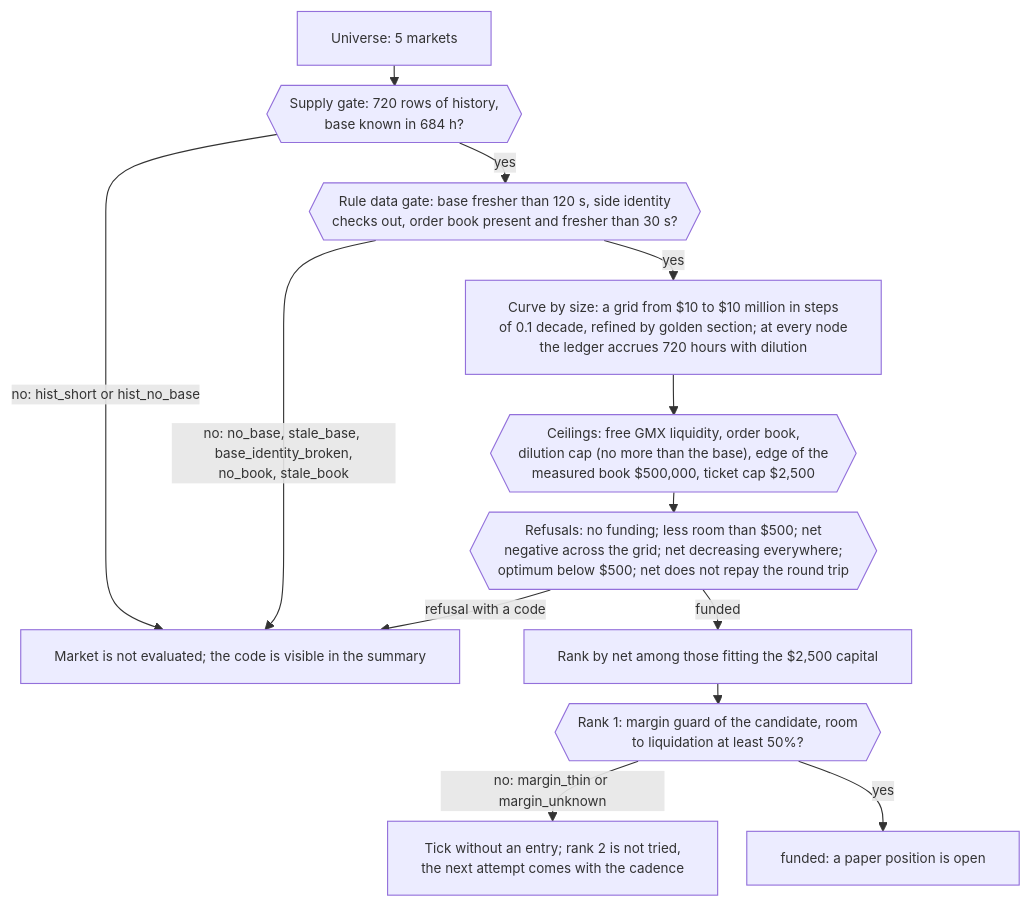
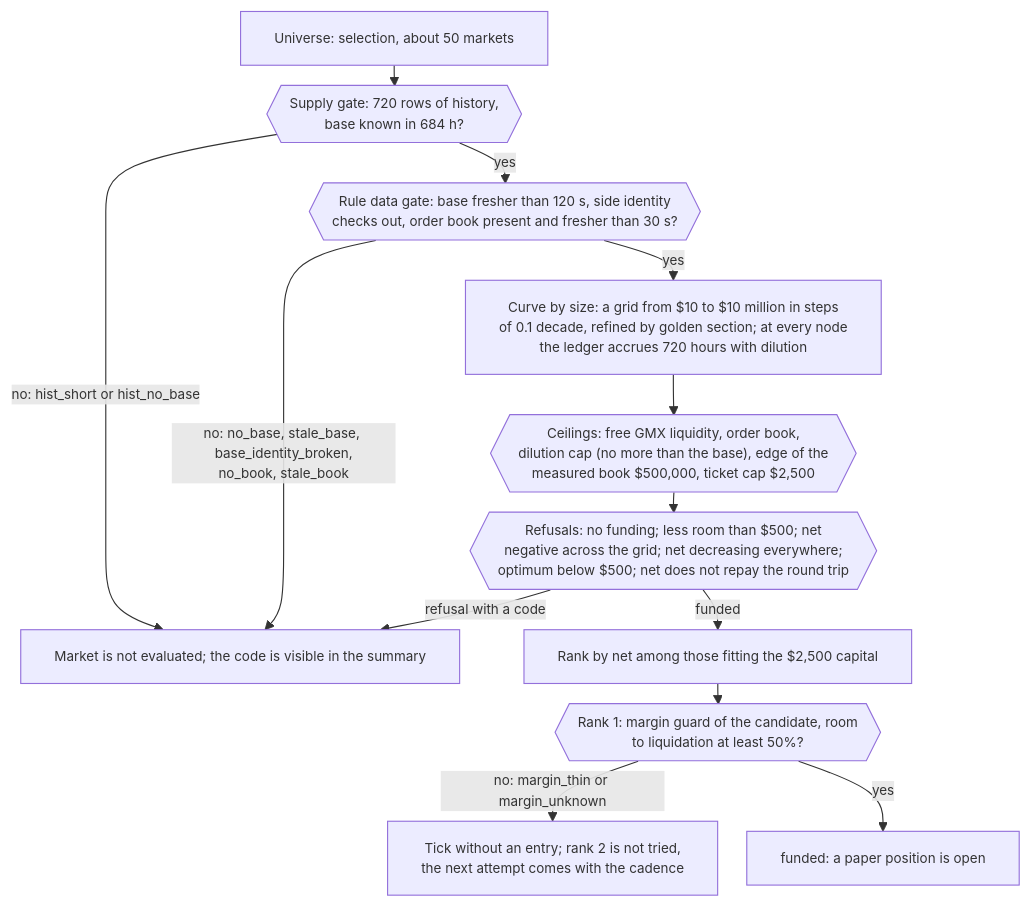
The third of 8 diagrams in botLab-desktop/docs/bot1-funding-arb-how-it-works.en.md (hamiltonalex/botLab), drawn with Mermaid before and after one commit. The commit also changed other lines of this file and 5 other files, not shown here.

````diff
--- a/botLab-desktop/docs/bot1-funding-arb-how-it-works.en.md
+++ b/botLab-desktop/docs/bot1-funding-arb-how-it-works.en.md
@@ -292,16 +312,16 @@
 ```mermaid
 %%{init: {"themeVariables": {"fontSize": "12px"}, "flowchart": {"nodeSpacing": 26, "rankSpacing": 18, "diagramPadding": 4, "wrappingWidth": 380}}}%%
 flowchart TD
-    A["Universe: 5 markets"] --> B{{"Supply gate: 720 rows of history,<br/>base known in 684 h?"}}
+    A["Universe: selection, about 50 markets"] --> B{{"Supply gate: 720 rows of history,<br/>base known in 684 h?"}}
     B -- "no: hist_short or hist_no_base" --> X["Market is not evaluated; the code is visible in the summary"]
     B -- "yes" --> C{{"Rule data gate: base fresher than 120 s, side identity<br/>checks out, order book present and fresher than 30 s?"}}
     C -- "no: no_base, stale_base, base_identity_broken,<br/>no_book, stale_book" --> X
     C -- "yes" --> D["Curve by size: a grid from $10 to $10 million in steps<br/>of 0.1 decade, refined by golden section; at every node<br/>the ledger accrues 720 hours with dilution"]
     D --> E{{"Ceilings: free GMX liquidity, order book,<br/>dilution cap (no more than the base), edge of the<br/>measured book $500,000, ticket cap $2,500"}}
     E --> F{{"Refusals: no funding; less room than $500; net<br/>negative across the grid; net decreasing everywhere;<br/>optimum below $500; net does not repay the round trip"}}
     F -- "refusal with a code" --> X
     F -- "funded" --> G["Rank by net among those fitting the $2,500 capital"]
     G --> H{{"Rank 1: margin guard of the candidate, room<br/>to liquidation at least 50%?"}}
     H -- "no: margin_thin or margin_unknown" --> Y["Tick without an entry; rank 2 is not tried,<br/>the next attempt comes with the cadence"]
     H -- "yes" --> I["funded: a paper position is open"]
 ```
````
